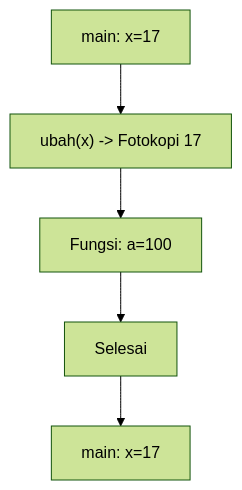
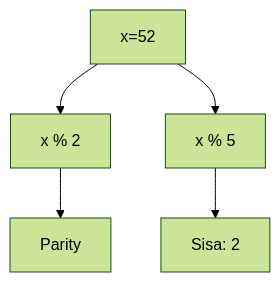
One commit to amnahwaida/OSNK_INF_PREP changed diagram 20 of 25 in part-c-pemahaman-cpp/04-fungsi/latihan/set-10.md. Above: the diagram before and after it, drawn with Mermaid (forest theme). The commit also changed other lines of this file and 71 other files, not shown here.

````diff
--- a/part-c-pemahaman-cpp/04-fungsi/latihan/set-10.md
+++ b/part-c-pemahaman-cpp/04-fungsi/latihan/set-10.md
@@ -659,7 +596,7 @@
 ```mermaid
 graph TD
-    A[main: x=17] --> B["ubah(x) -> Fotokopi 17"]
-    B --> C[Fungsi: a=100]
-    C --> D[Selesai]
-    D --> E[main: x=17]
+A[x=52] --> B[x % 2]
+B --> C[Parity]
+A --> D[x % 5]
+D --> E[Sisa: 2]
 ```
````
